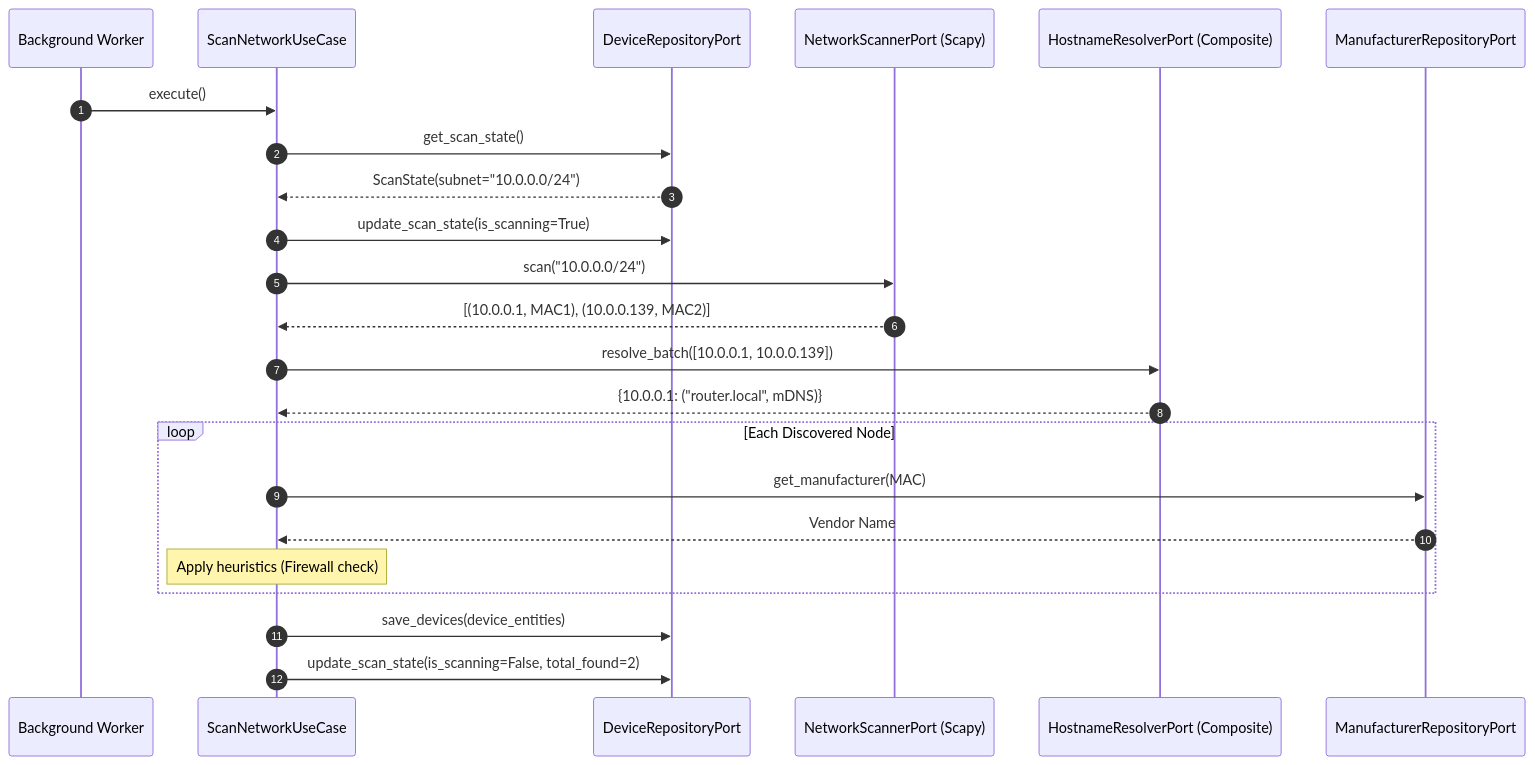
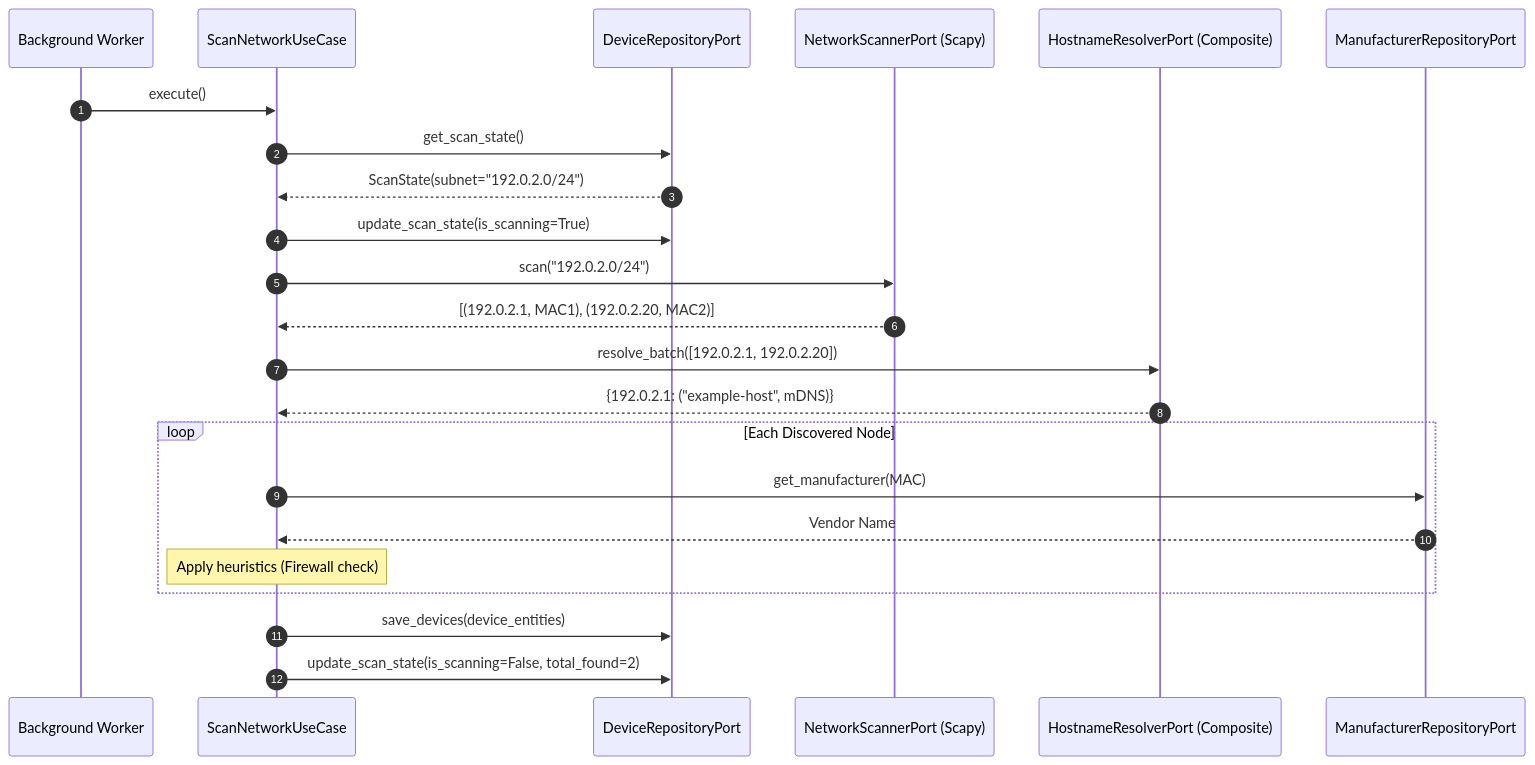
Before and after one commit to tomhalsan/LANRoster: the second of 3 diagrams in ARCHITECTURE.md, drawn with Mermaid. The commit also changed other lines of this file and 2 other files, not shown here.

````diff
--- a/ARCHITECTURE.md
+++ b/ARCHITECTURE.md
@@ -229,30 +267,30 @@
 ```mermaid
 sequenceDiagram
     autonumber
     participant Worker as Background Worker
     participant UC as ScanNetworkUseCase
     participant Repo as DeviceRepositoryPort
     participant Scanner as NetworkScannerPort (Scapy)
     participant Resolver as HostnameResolverPort (Composite)
     participant Manuf as ManufacturerRepositoryPort
 
     Worker->>UC: execute()
     UC->>Repo: get_scan_state()
-    Repo-->>UC: ScanState(subnet="10.0.0.0/24")
+    Repo-->>UC: ScanState(subnet="192.0.2.0/24")
     UC->>Repo: update_scan_state(is_scanning=True)
     
-    UC->>Scanner: scan("10.0.0.0/24")
-    Scanner-->>UC: [(10.0.0.1, MAC1), (10.0.0.139, MAC2)]
+    UC->>Scanner: scan("192.0.2.0/24")
+    Scanner-->>UC: [(192.0.2.1, MAC1), (192.0.2.20, MAC2)]
     
-    UC->>Resolver: resolve_batch([10.0.0.1, 10.0.0.139])
-    Resolver-->>UC: {10.0.0.1: ("router.local", mDNS)}
+    UC->>Resolver: resolve_batch([192.0.2.1, 192.0.2.20])
+    Resolver-->>UC: {192.0.2.1: ("example-host", mDNS)}
     
     loop Each Discovered Node
         UC->>Manuf: get_manufacturer(MAC)
         Manuf-->>UC: Vendor Name
         Note over UC: Apply heuristics (Firewall check)
     end
     
     UC->>Repo: save_devices(device_entities)
     UC->>Repo: update_scan_state(is_scanning=False, total_found=2)
 ```
````
